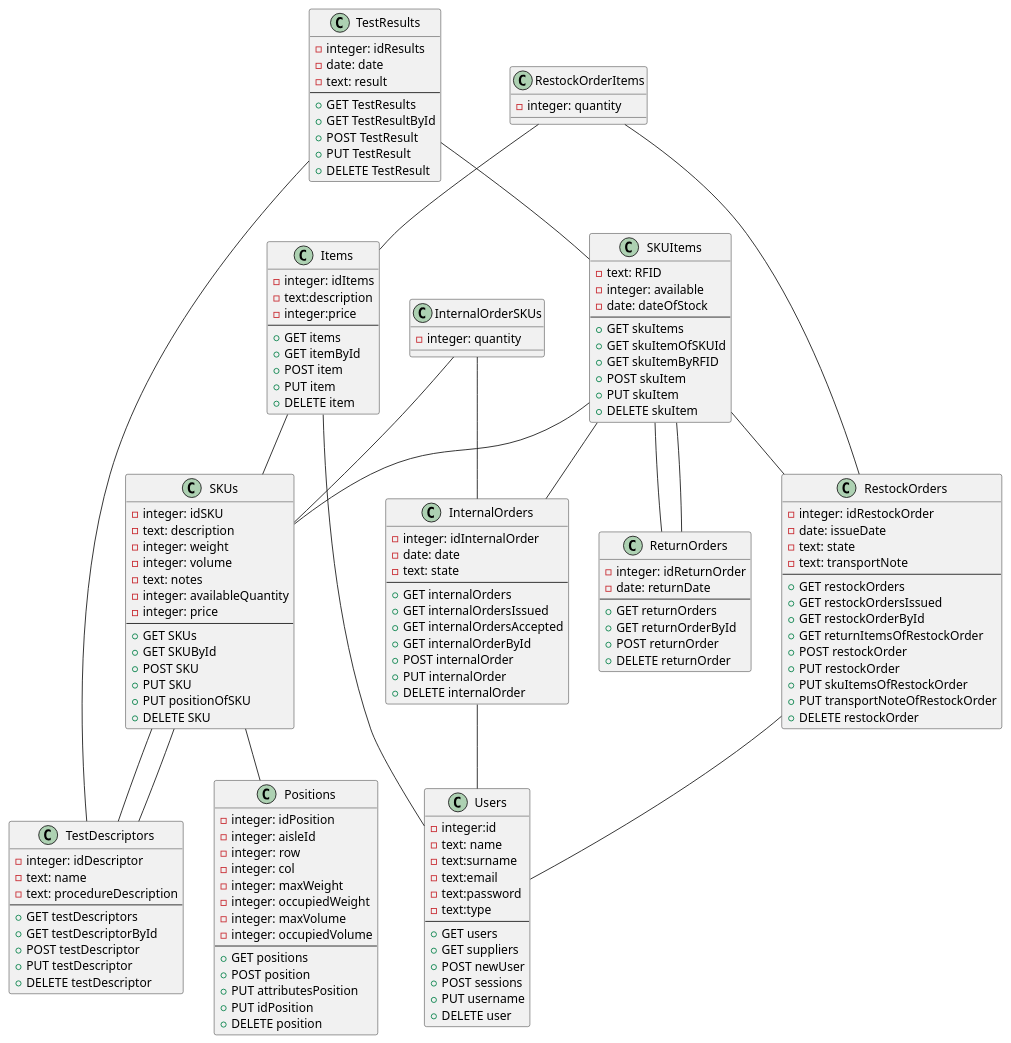
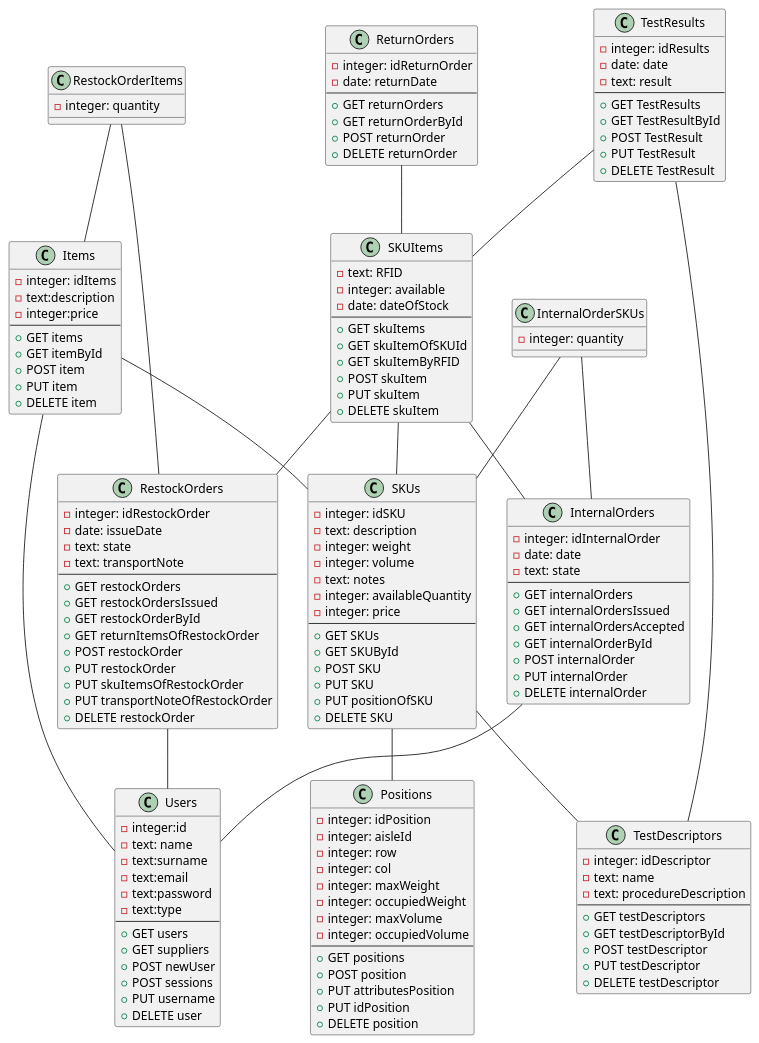
The first of 5 diagrams in DesignDocument.md (robsanity/JavascriptBackEndProjectAndTesting), drawn with PlantUML before and after one commit. The commit also changed other lines of this file and 1 other file, not shown here.

Commit message:
fix low level and estimation2

```diff
--- a/DesignDocument.md
+++ b/DesignDocument.md
@@ -207,12 +207,9 @@
 SKUItems -- SKUs
 SKUItems -- InternalOrders
 SKUItems -- RestockOrders
-SKUItems -- ReturnOrders
 
 SKUs -- Positions
 SKUs -- TestDescriptors
-
-TestDescriptors -- SKUs
 
 TestResults -- TestDescriptors
 TestResults -- SKUItems
```
